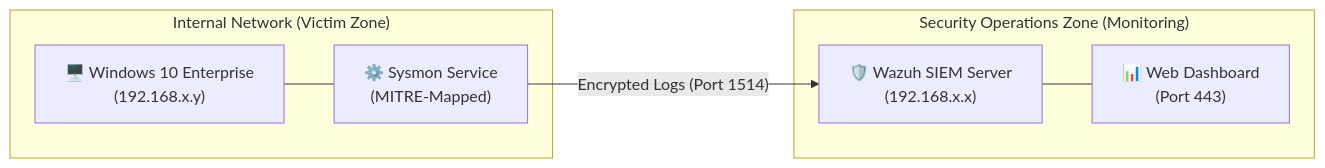
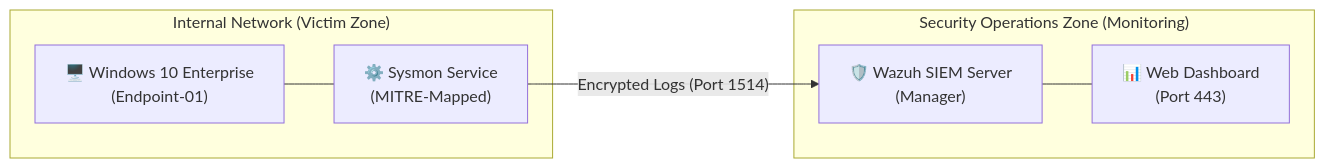
Before and after one commit to janaalqhtani/fuzzy-journey: the diagram in README.md, drawn with Mermaid. The commit also changed other lines of this file, not shown here.

````diff
--- a/README.md
+++ b/README.md
@@ -19,19 +31,17 @@
 ```mermaid
 graph LR
     subgraph "Internal Network (Victim Zone)"
-
-        WIN["🖥️ Windows 10 Enterprise<br/>(192.168.x.y)"]
+        WIN["🖥️ Windows 10 Enterprise<br/>(Endpoint-01)"]
         SYSMON["⚙️ Sysmon Service<br/>(MITRE-Mapped)"]
         WIN --- SYSMON
     end
 
     subgraph "Security Operations Zone (Monitoring)"
-
-        WAZUH["🛡️ Wazuh SIEM Server<br/>(192.168.x.x)"]
+        WAZUH["🛡️ Wazuh SIEM Server<br/>(Manager)"]
         DASH["📊 Web Dashboard<br/>(Port 443)"]
         WAZUH --- DASH
     end
 
     %% Encrypted Tunnel
     SYSMON -- "Encrypted Logs (Port 1514)" --> WAZUH
 ```
````
